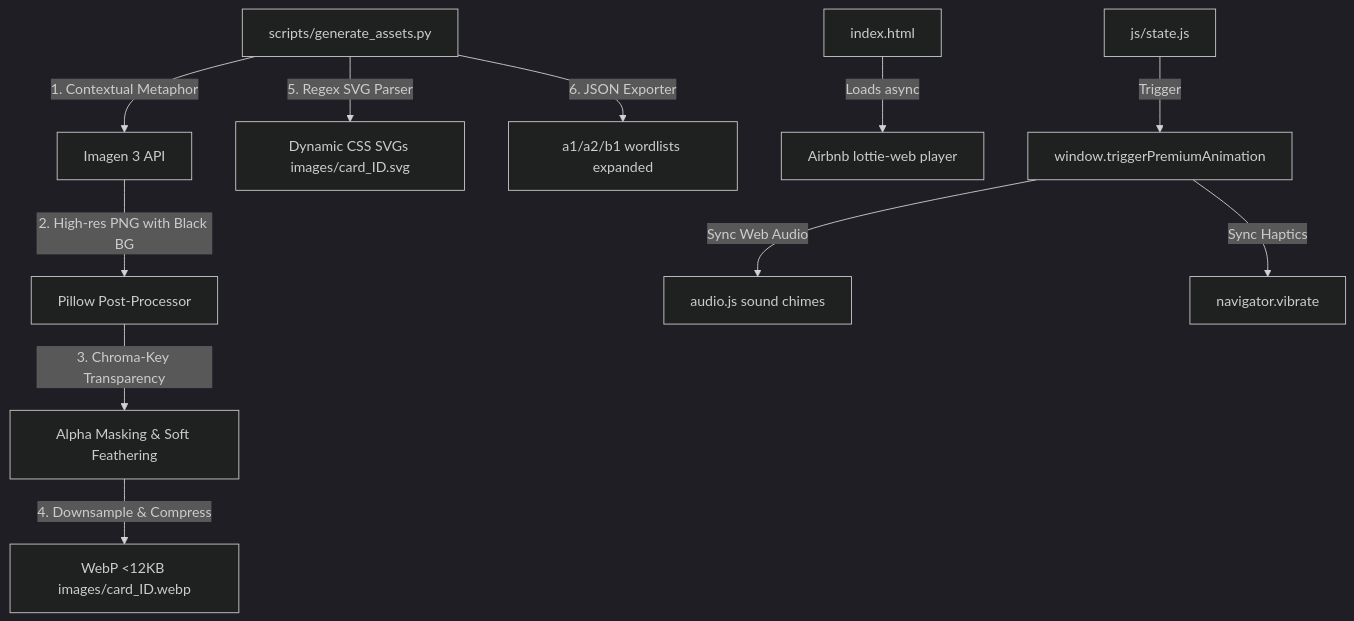
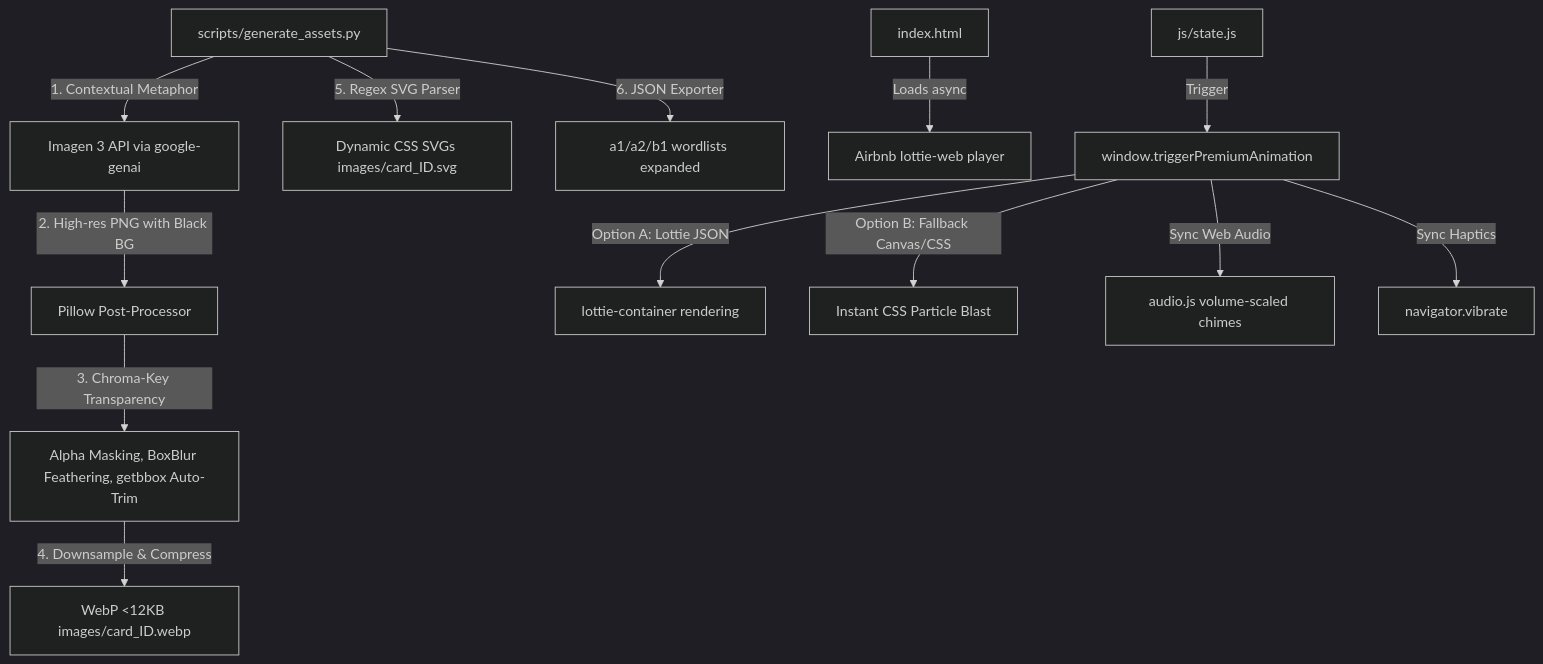
One commit to Khanna-Aman/DeutschSphere changed the diagram in implementation_plan.md. Above: the diagram before and after it, drawn with Mermaid (dark theme). The commit also changed other lines of this file and 13 other files, not shown here.

````diff
--- a/implementation_plan.md
+++ b/implementation_plan.md
@@ -17,15 +23,17 @@
 ```mermaid
 graph TD
-    A[scripts/generate_assets.py] -->|1. Contextual Metaphor| B[Imagen 3 API]
+    A[scripts/generate_assets.py] -->|1. Contextual Metaphor| B[Imagen 3 API via google-genai]
     B -->|2. High-res PNG with Black BG| C[Pillow Post-Processor]
-    C -->|3. Chroma-Key Transparency| D[Alpha Masking & Soft Feathering]
+    C -->|3. Chroma-Key Transparency| D[Alpha Masking, BoxBlur Feathering, getbbox Auto-Trim]
     D -->|4. Downsample & Compress| E[WebP <12KB images/card_ID.webp]
     
     A -->|5. Regex SVG Parser| F[Dynamic CSS SVGs images/card_ID.svg]
     A -->|6. JSON Exporter| G[a1/a2/b1 wordlists expanded]
     
     H[index.html] -->|Loads async| I[Airbnb lottie-web player]
     J[js/state.js] -->|Trigger| K[window.triggerPremiumAnimation]
-    K -->|Sync Web Audio| L[audio.js sound chimes]
-    K -->|Sync Haptics| M[navigator.vibrate]
+    K -->|Option A: Lottie JSON| L[lottie-container rendering]
+    K -->|Option B: Fallback Canvas/CSS| M[Instant CSS Particle Blast]
+    K -->|Sync Web Audio| N[audio.js volume-scaled chimes]
+    K -->|Sync Haptics| O[navigator.vibrate]
 ```
````
